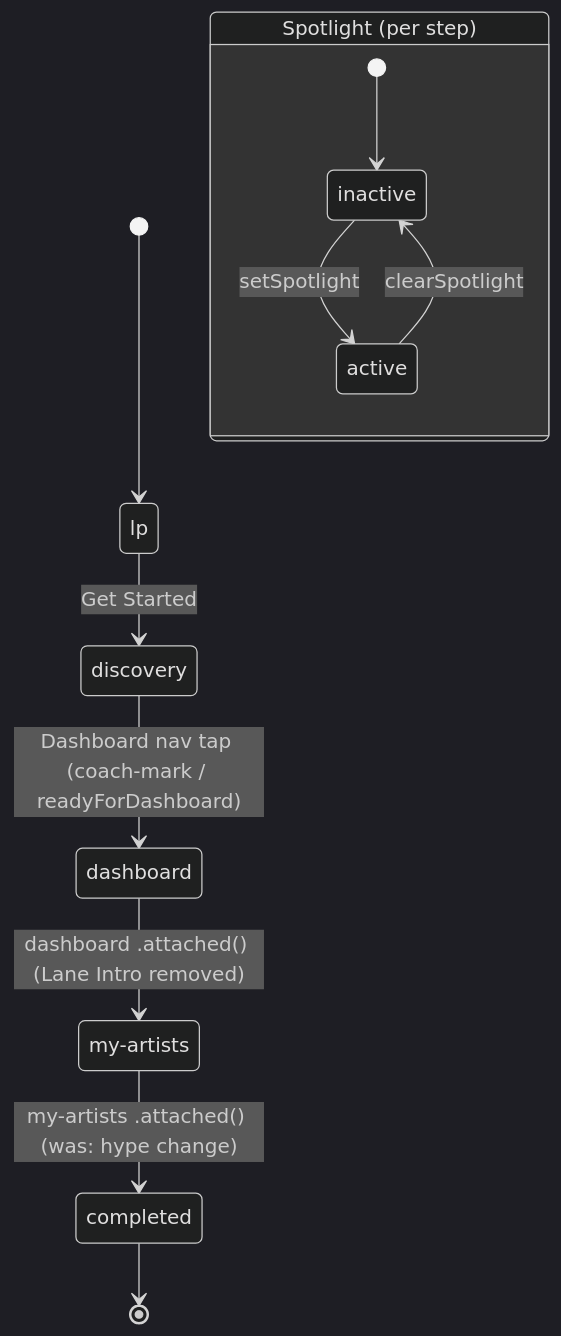
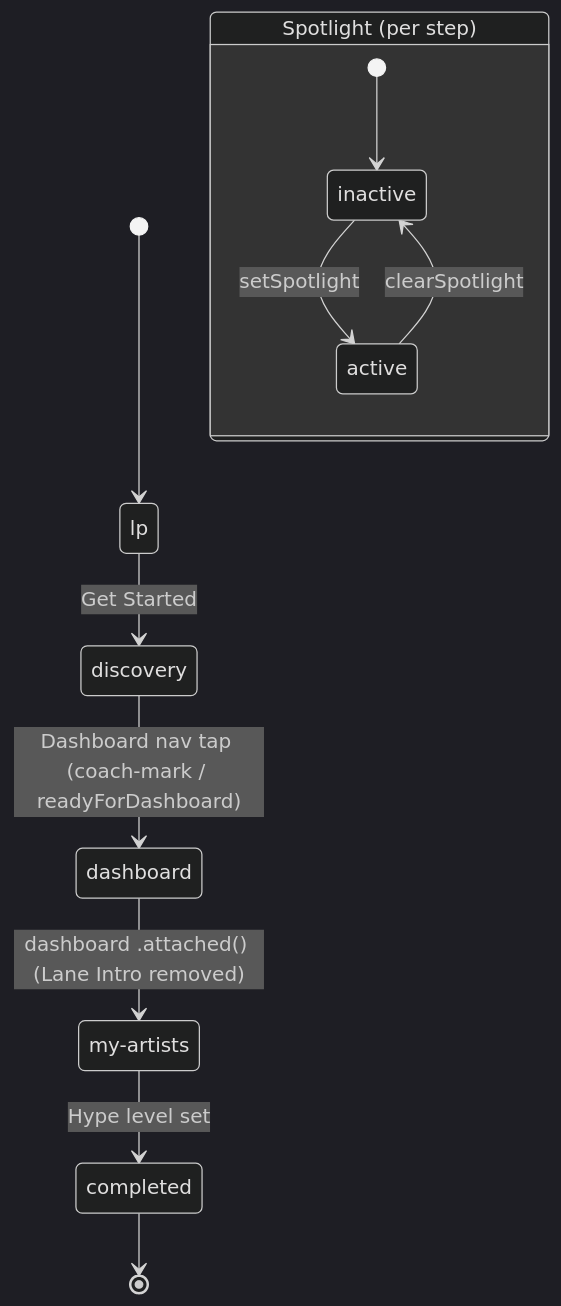
The diagram in openspec/specs/state-transition-diagram/spec.md (liverty-music/specification), drawn with Mermaid (dark theme) before and after one commit. The commit also changed other lines of this file and 5 other files, not shown here.

````diff
--- a/openspec/specs/state-transition-diagram/spec.md
+++ b/openspec/specs/state-transition-diagram/spec.md
@@ -44,18 +44,18 @@
 ```mermaid
 stateDiagram-v2
     [*] --> lp
 
     lp --> discovery : Get Started
     discovery --> dashboard : Dashboard nav tap (coach-mark / readyForDashboard)
     state "my-artists" as my_artists
     dashboard --> my_artists : dashboard .attached() (Lane Intro removed)
-    my_artists --> completed : my-artists .attached() (was: hype change)
+    my_artists --> completed : Hype level set
 
     completed --> [*]
 
     state "Spotlight (per step)" as spotlight {
         [*] --> inactive
         inactive --> active : setSpotlight
         active --> inactive : clearSpotlight
     }
 ```
````
